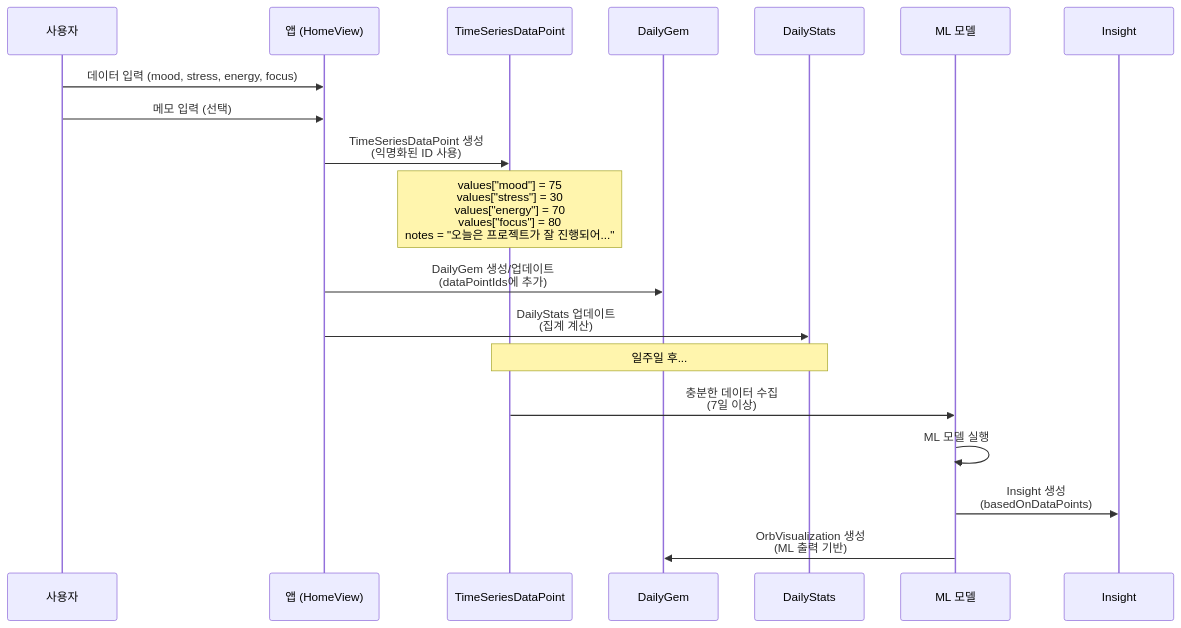
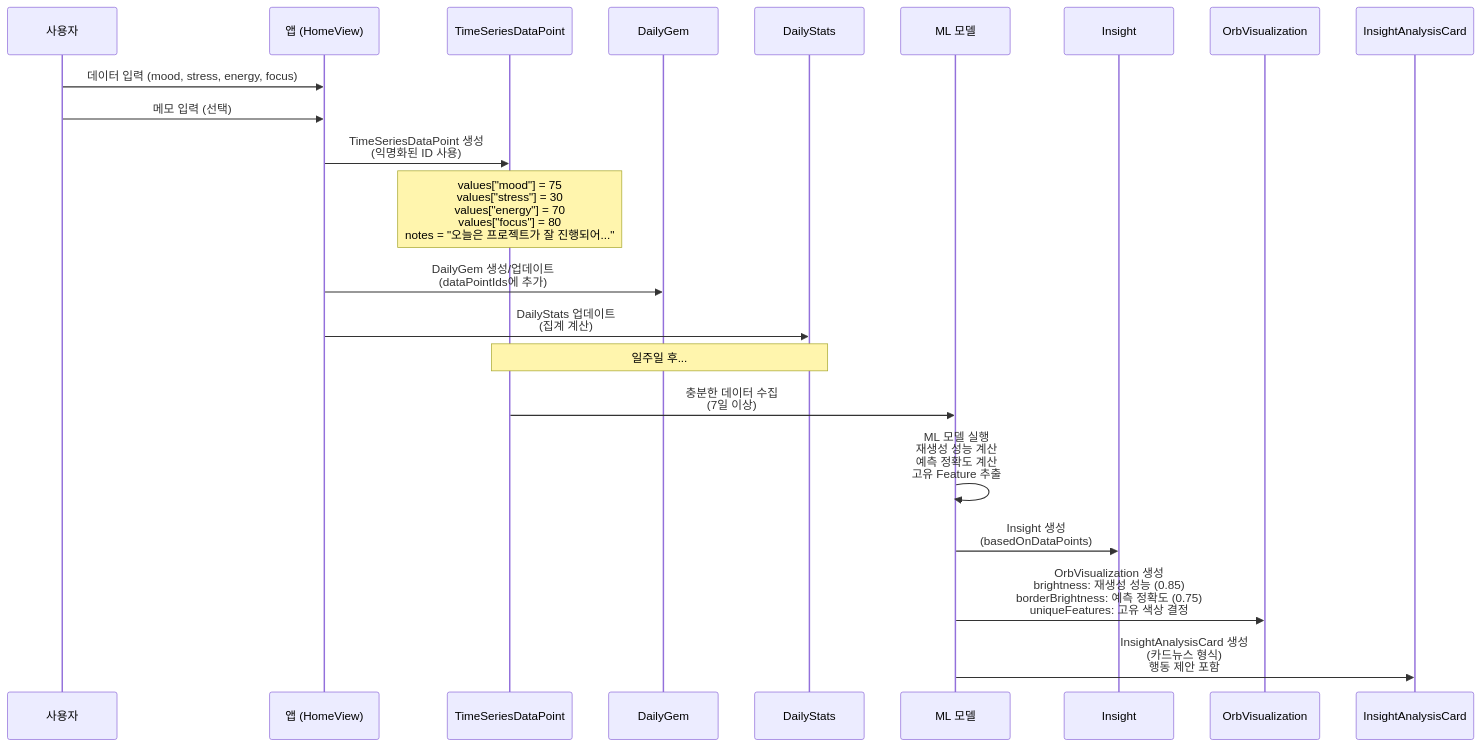
One commit to neomakes/neopip changed the third of 5 diagrams in 01_Planning/DB_MODEL_DESIGN.md. Above: the diagram before and after it, drawn with Mermaid. The commit also changed other lines of this file and 7 other files, not shown here.

````diff
--- a/01_Planning/DB_MODEL_DESIGN.md
+++ b/01_Planning/DB_MODEL_DESIGN.md
@@ -203,25 +213,28 @@
 ```mermaid
 sequenceDiagram
     participant User as 사용자
     participant App as 앱 (HomeView)
     participant TSP as TimeSeriesDataPoint
     participant DG as DailyGem
     participant DS as DailyStats
     participant ML as ML 모델
     participant INS as Insight
+    participant OV as OrbVisualization
+    participant IAC as InsightAnalysisCard
     
     User->>App: 데이터 입력 (mood, stress, energy, focus)
     User->>App: 메모 입력 (선택)
     App->>TSP: TimeSeriesDataPoint 생성<br/>(익명화된 ID 사용)
     Note over TSP: values["mood"] = 75<br/>values["stress"] = 30<br/>values["energy"] = 70<br/>values["focus"] = 80<br/>notes = "오늘은 프로젝트가 잘 진행되어..."
     
     App->>DG: DailyGem 생성/업데이트<br/>(dataPointIds에 추가)
     App->>DS: DailyStats 업데이트<br/>(집계 계산)
     
     Note over TSP,DS: 일주일 후...
     
     TSP->>ML: 충분한 데이터 수집<br/>(7일 이상)
-    ML->>ML: ML 모델 실행
+    ML->>ML: ML 모델 실행<br/>재생성 성능 계산<br/>예측 정확도 계산<br/>고유 Feature 추출
     ML->>INS: Insight 생성<br/>(basedOnDataPoints)
-    ML->>DG: OrbVisualization 생성<br/>(ML 출력 기반)
+    ML->>OV: OrbVisualization 생성<br/>brightness: 재생성 성능 (0.85)<br/>borderBrightness: 예측 정확도 (0.75)<br/>uniqueFeatures: 고유 색상 결정
+    ML->>IAC: InsightAnalysisCard 생성<br/>(카드뉴스 형식)<br/>행동 제안 포함
 ```
````
